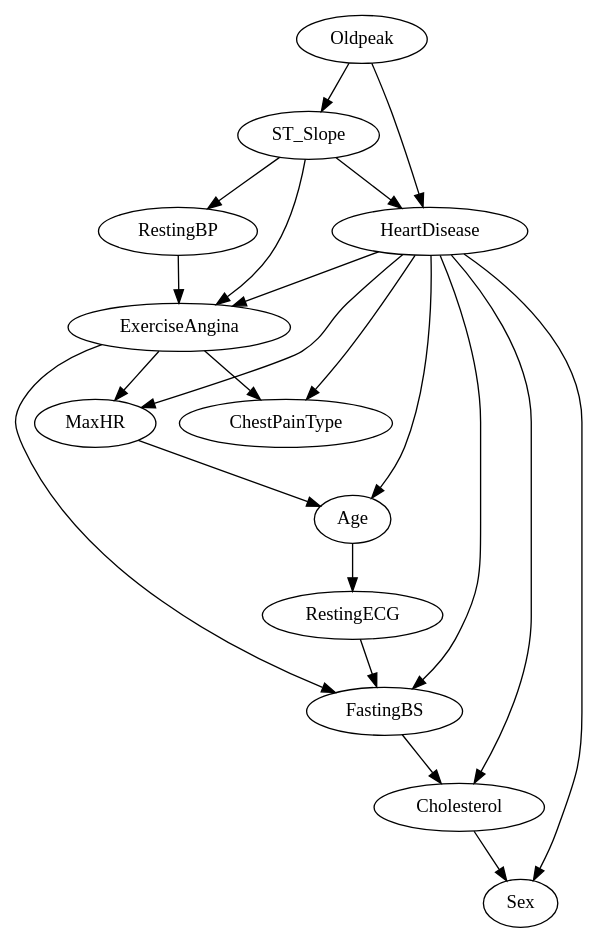
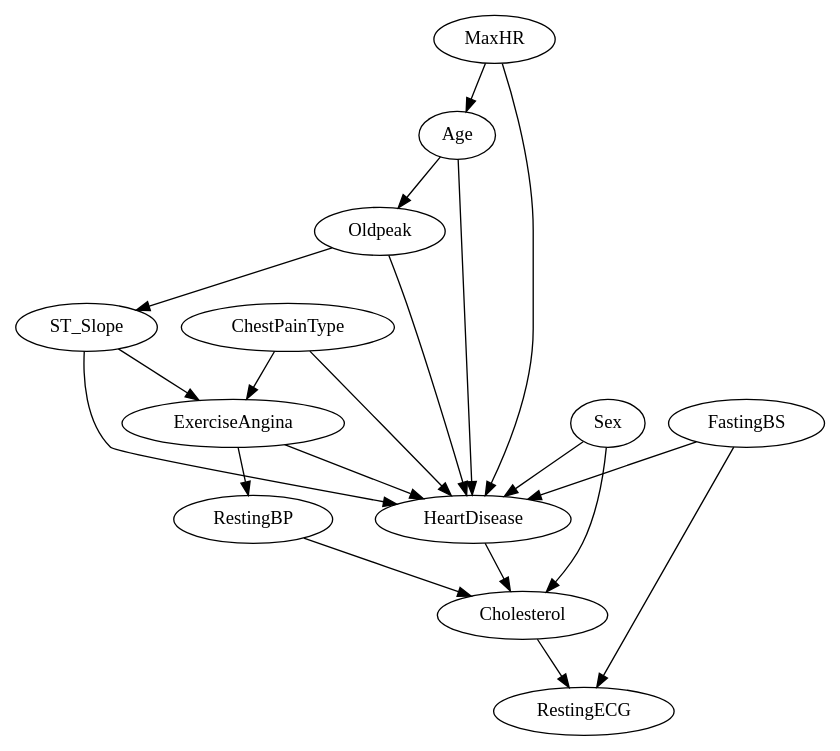
Before and after one commit to SagarParekh97/Decision-Making-under-Uncertainty: the diagram in P1/Learned Bayesian Network.gv, drawn with Graphviz. The commit also changed 3 other files, not shown here.

```diff
--- a/P1/Learned Bayesian Network.gv
+++ b/P1/Learned Bayesian Network.gv
@@ -1,36 +1,34 @@
 // BN learned from data using Hill Climb Search
 digraph "Learned Bayesian Network" {
 	Age
 	Sex
 	ChestPainType
 	RestingBP
 	Cholesterol
 	FastingBS
 	RestingECG
 	MaxHR
 	ExerciseAngina
 	Oldpeak
 	ST_Slope
 	HeartDisease
-	Age -> RestingECG
-	RestingBP -> ExerciseAngina
-	Cholesterol -> Sex
-	FastingBS -> Cholesterol
-	RestingECG -> FastingBS
 	MaxHR -> Age
-	ExerciseAngina -> ChestPainType
-	ExerciseAngina -> MaxHR
-	ExerciseAngina -> FastingBS
+	ExerciseAngina -> RestingBP
+	HeartDisease -> Cholesterol
+	RestingBP -> Cholesterol
+	Sex -> Cholesterol
+	Cholesterol -> RestingECG
+	FastingBS -> RestingECG
+	ST_Slope -> ExerciseAngina
+	ChestPainType -> ExerciseAngina
+	Age -> Oldpeak
 	Oldpeak -> ST_Slope
+	ST_Slope -> HeartDisease
+	ChestPainType -> HeartDisease
+	ExerciseAngina -> HeartDisease
+	FastingBS -> HeartDisease
+	MaxHR -> HeartDisease
+	Sex -> HeartDisease
+	Age -> HeartDisease
 	Oldpeak -> HeartDisease
-	ST_Slope -> HeartDisease
-	ST_Slope -> ExerciseAngina
-	ST_Slope -> RestingBP
-	HeartDisease -> ChestPainType
-	HeartDisease -> ExerciseAngina
-	HeartDisease -> Cholesterol
-	HeartDisease -> MaxHR
-	HeartDisease -> Sex
-	HeartDisease -> Age
-	HeartDisease -> FastingBS
 }
```
